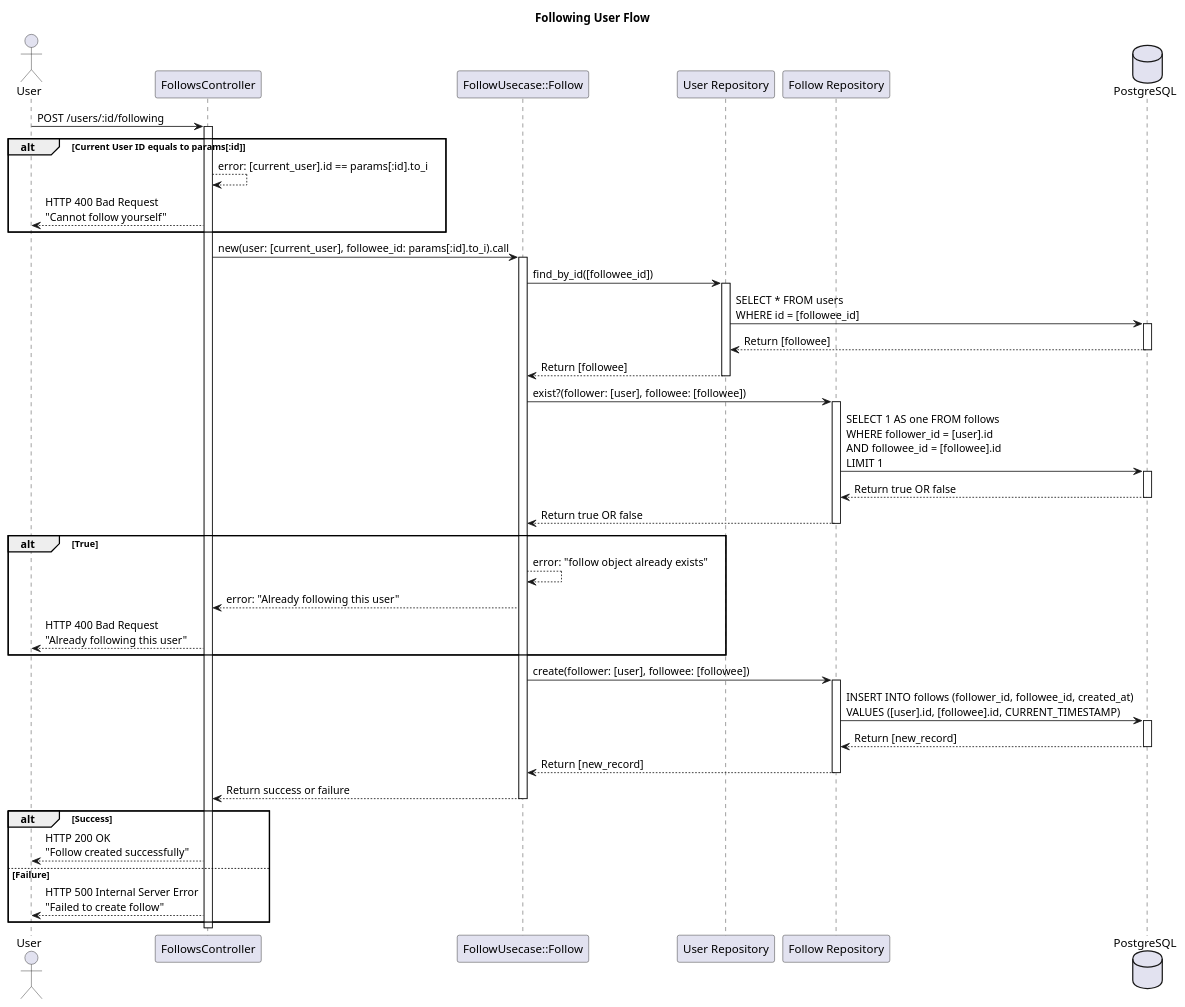
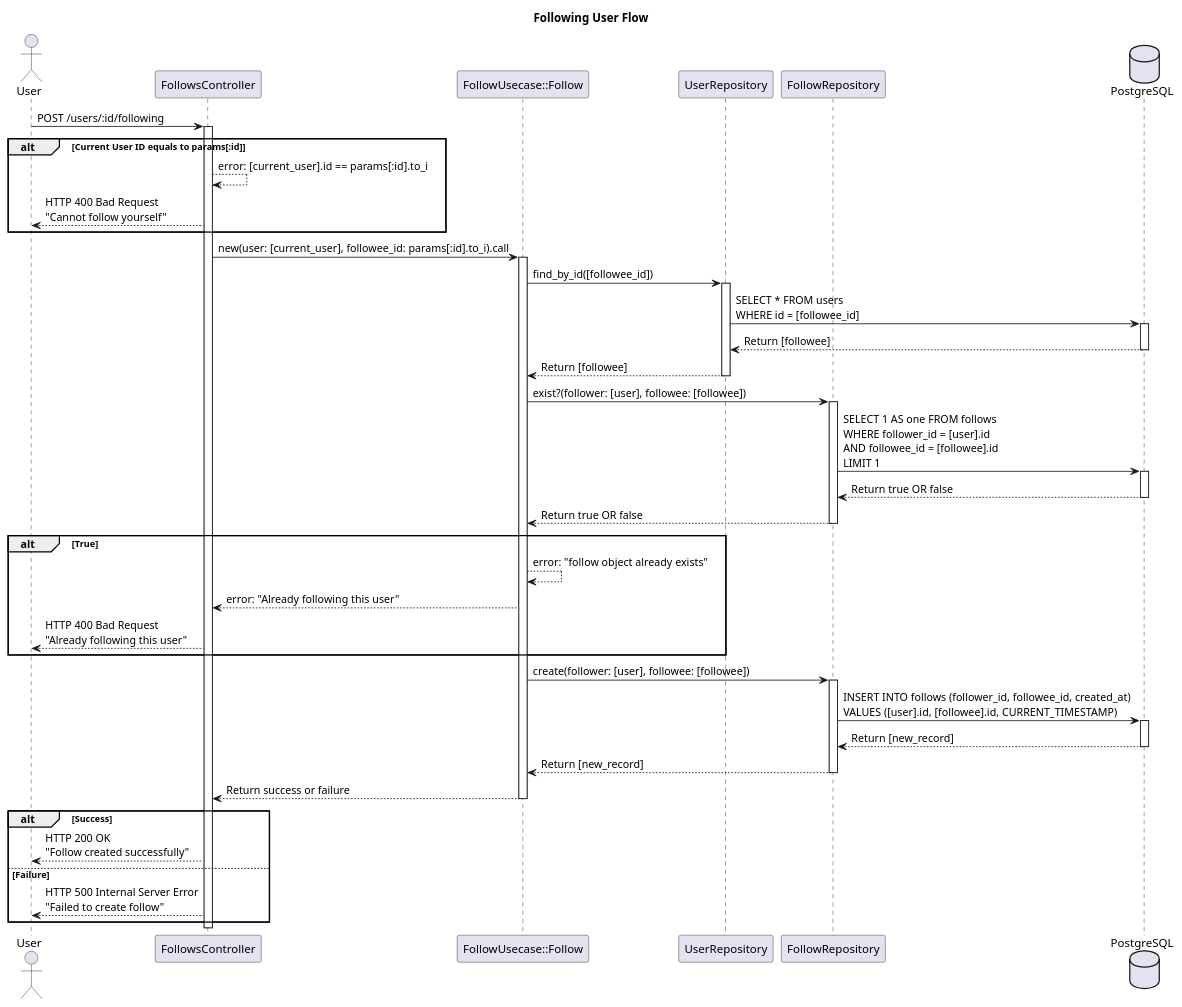
Before and after one commit to wisnuaga/good-night: the diagram in docs/diagrams/FollowingUserFlow.plantuml, drawn with PlantUML. The commit also changed 4 other files, not shown here.

Commit message:
Fix inconsistencies on diagram naming

```diff
--- a/docs/diagrams/FollowingUserFlow.plantuml
+++ b/docs/diagrams/FollowingUserFlow.plantuml
@@ -1,65 +1,65 @@
 @startuml FollowingUserFlow
 title Following User Flow
 
 ' Define actors and components
 actor User
 participant "FollowsController" as Controller
 participant "FollowUsecase::Follow" as Usecase
-participant "User Repository" as UserRepository
-participant "Follow Repository" as FollowRepository
+participant "UserRepository" as UserRepository
+participant "FollowRepository" as FollowRepository
 database "PostgreSQL" as DB
 
 User -> Controller: POST /users/:id/following
 activate Controller
 
 alt Current User ID equals to params[:id]
     Controller --> Controller: error: [current_user].id == params[:id].to_i
     Controller --> User: HTTP 400 Bad Request\n"Cannot follow yourself"
 end
 
 Controller -> Usecase: new(user: [current_user], followee_id: params[:id].to_i).call
 activate Usecase
 
 Usecase -> UserRepository: find_by_id([followee_id])
 activate UserRepository
 UserRepository -> DB: SELECT * FROM users\nWHERE id = [followee_id]
 activate DB
 DB --> UserRepository: Return [followee]
 deactivate DB
 UserRepository --> Usecase: Return [followee]
 deactivate UserRepository
 
 Usecase -> FollowRepository: exist?(follower: [user], followee: [followee])
 activate FollowRepository
 FollowRepository -> DB: SELECT 1 AS one FROM follows\nWHERE follower_id = [user].id\nAND followee_id = [followee].id\nLIMIT 1
 activate DB
 DB --> FollowRepository: Return true OR false
 deactivate DB
 FollowRepository --> Usecase: Return true OR false
 deactivate FollowRepository
 
 alt True
     Usecase --> Usecase: error: "follow object already exists"
     Usecase --> Controller: error: "Already following this user"
     Controller --> User: HTTP 400 Bad Request\n"Already following this user"
 end
 
 Usecase -> FollowRepository: create(follower: [user], followee: [followee])
 activate FollowRepository
 FollowRepository -> DB: INSERT INTO follows (follower_id, followee_id, created_at)\nVALUES ([user].id, [followee].id, CURRENT_TIMESTAMP)
 activate DB
 DB --> FollowRepository: Return [new_record]
 deactivate DB
 FollowRepository --> Usecase: Return [new_record]
 deactivate FollowRepository
 Usecase --> Controller: Return success or failure
 deactivate Usecase
 
 alt Success    
     Controller --> User: HTTP 200 OK\n"Follow created successfully"
 else Failure
     Controller --> User: HTTP 500 Internal Server Error\n"Failed to create follow"
 end
 deactivate Controller
 
 @enduml
```
